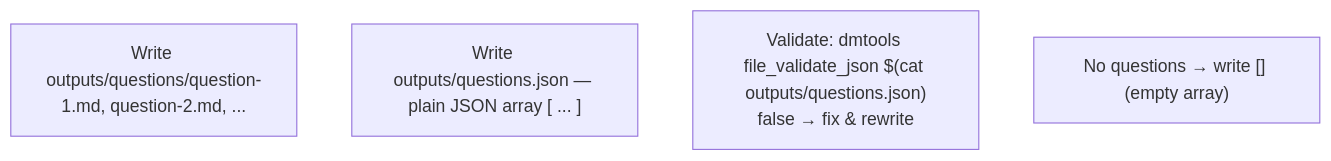
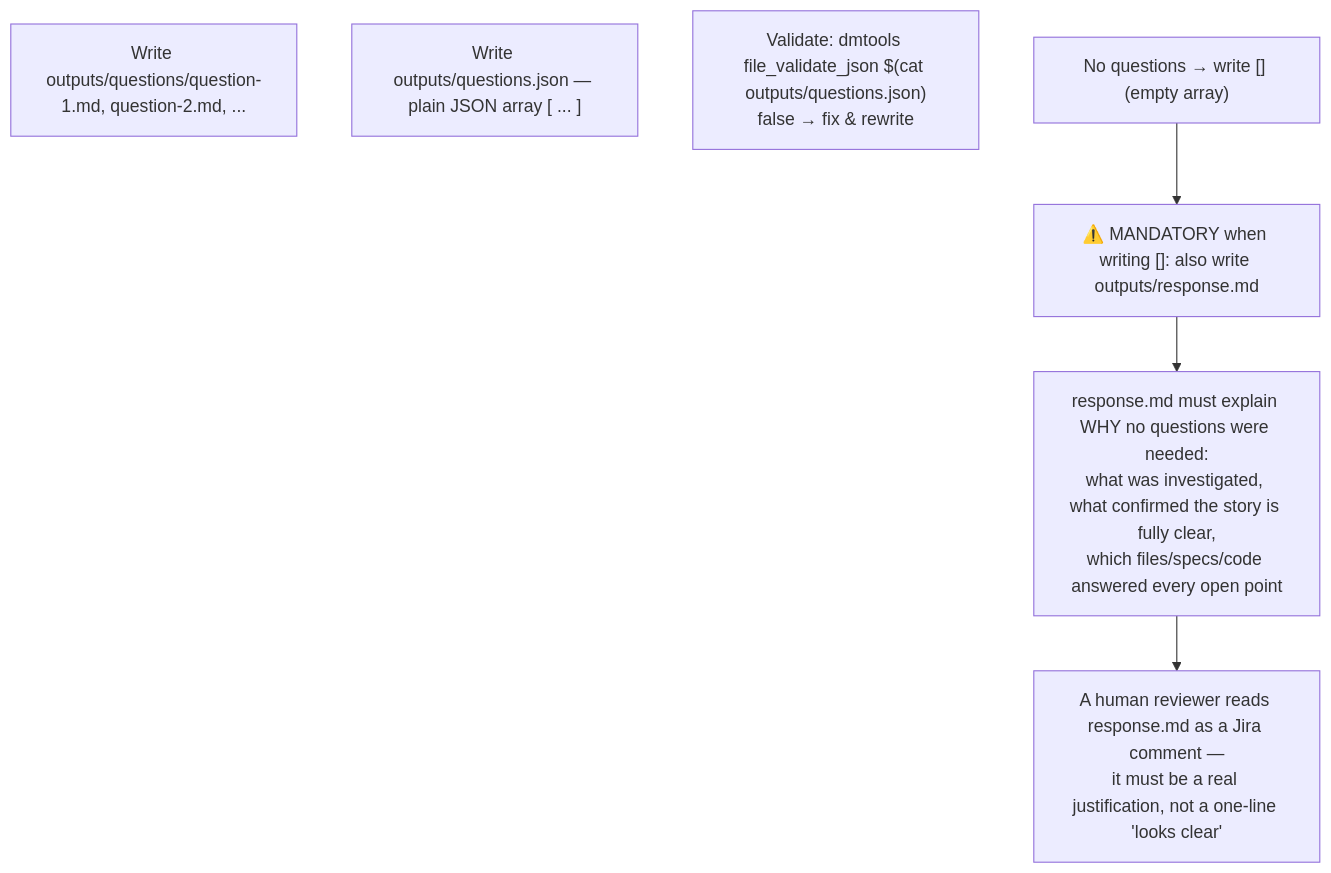
The third of 8 diagrams in snapshots/story_questions.md (IstiN/dmtools-agents), drawn with Mermaid before and after one commit. The commit also changed other lines of this file and 230 other files, not shown here.

````diff
--- a/snapshots/story_questions.md
+++ b/snapshots/story_questions.md
@@ -108,7 +108,10 @@
 ```mermaid
 flowchart TD
     O1["Write outputs/questions/question-1.md, question-2.md, ..."]
     O2["Write outputs/questions.json — plain JSON array [ ... ]"]
     O3["Validate: dmtools file_validate_json $(cat outputs/questions.json)<br/>false → fix & rewrite"]
     O4["No questions → write [] (empty array)"]
+    O4 --> O5["⚠️ MANDATORY when writing []: also write outputs/response.md"]
+    O5 --> O6["response.md must explain WHY no questions were needed:<br/>what was investigated, what confirmed the story is fully clear,<br/>which files/specs/code answered every open point"]
+    O6 --> O7["A human reviewer reads response.md as a Jira comment —<br/>it must be a real justification, not a one-line 'looks clear'"]
 ```
````
